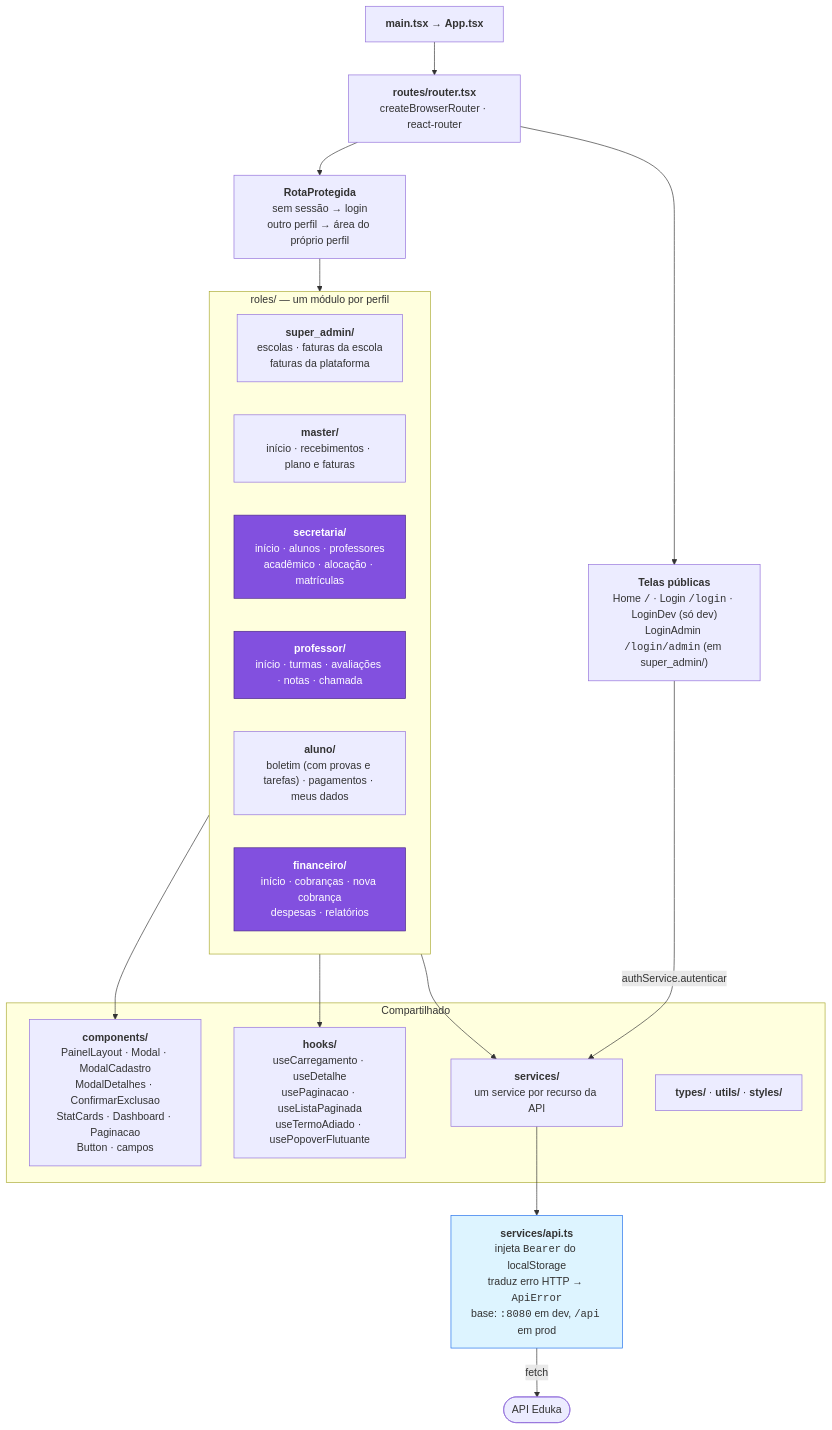
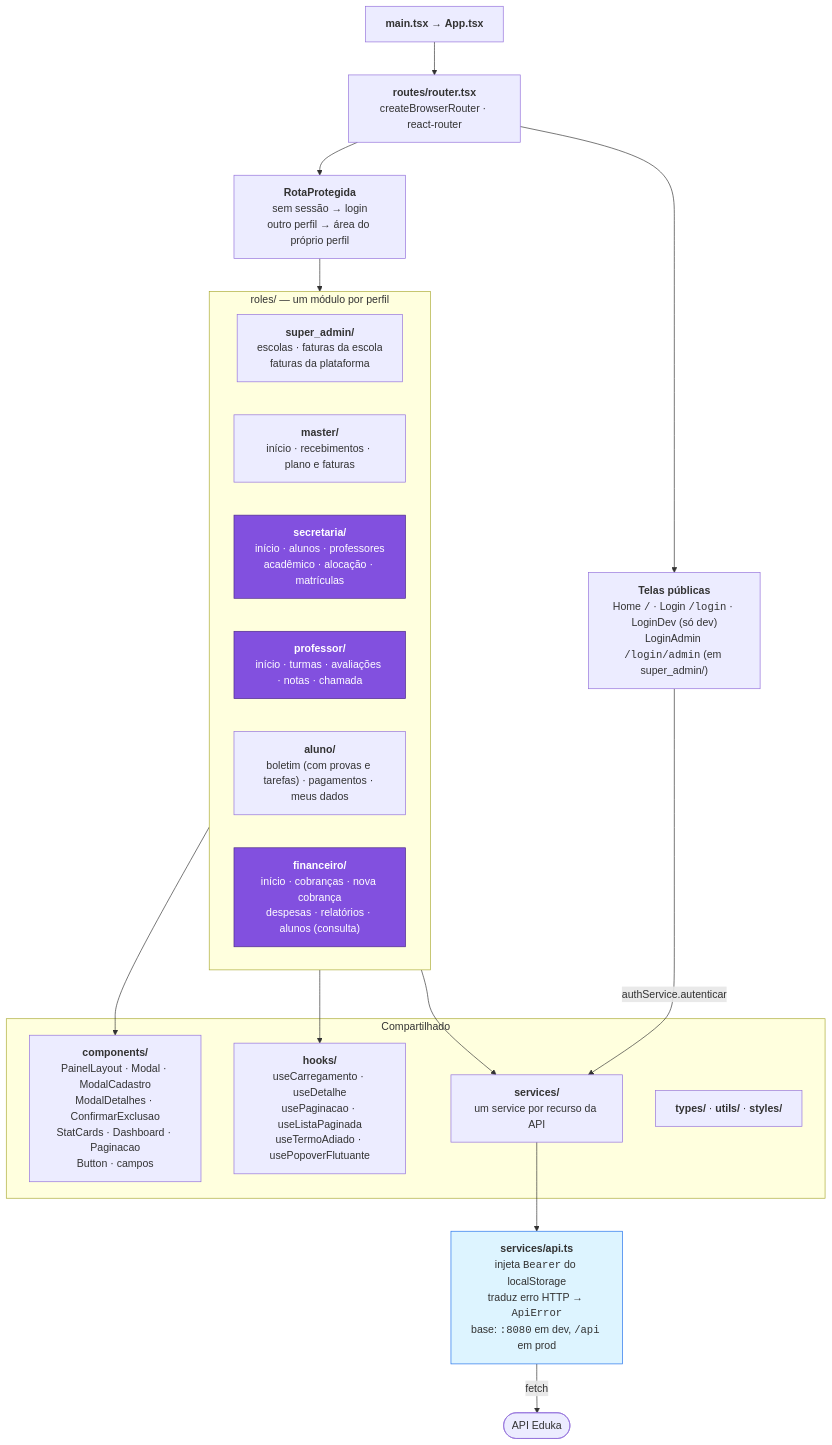
Before and after one commit to ICEI-PUC-Minas-PMGES-TI/pmg-es-2026-2-ti3-9577100-eduka: the sixth of 6 diagrams in Artefatos/arquitetura/arquitetura-da-solucao.md, drawn with Mermaid. The commit also changed 24 other files, not shown here.

````diff
--- a/Artefatos/arquitetura/arquitetura-da-solucao.md
+++ b/Artefatos/arquitetura/arquitetura-da-solucao.md
@@ -515,41 +515,41 @@
 ```mermaid
 flowchart TB
     MAIN["<b>main.tsx</b> → <b>App.tsx</b>"]
     ROUTER["<b>routes/router.tsx</b><br/>createBrowserRouter · react-router"]
 
     PUB["<b>Telas públicas</b><br/>Home <code>/</code> · Login <code>/login</code> · LoginDev (só dev)<br/>LoginAdmin <code>/login/admin</code> (em super_admin/)"]
     GUARD["<b>RotaProtegida</b><br/>sem sessão → login<br/>outro perfil → área do próprio perfil"]
 
     subgraph roles["roles/ — um módulo por perfil"]
         SAD["<b>super_admin/</b><br/>escolas · faturas da escola<br/>faturas da plataforma"]
         MAS["<b>master/</b><br/>início · recebimentos · plano e faturas"]
         SEC["<b>secretaria/</b><br/>início · alunos · professores<br/>acadêmico · alocação · matrículas"]
         PROF["<b>professor/</b><br/>início · turmas · avaliações · notas · chamada"]
         ALU["<b>aluno/</b><br/>boletim (com provas e tarefas) · pagamentos · meus dados"]
-        FIN["<b>financeiro/</b><br/>início · cobranças · nova cobrança<br/>despesas · relatórios"]
+        FIN["<b>financeiro/</b><br/>início · cobranças · nova cobrança<br/>despesas · relatórios · alunos (consulta)"]
     end
 
     subgraph shared["Compartilhado"]
         COMP["<b>components/</b><br/>PainelLayout · Modal · ModalCadastro<br/>ModalDetalhes · ConfirmarExclusao<br/>StatCards · Dashboard · Paginacao<br/>Button · campos"]
         HOOKS["<b>hooks/</b><br/>useCarregamento · useDetalhe<br/>usePaginacao · useListaPaginada<br/>useTermoAdiado · usePopoverFlutuante"]
         SRV["<b>services/</b><br/>um service por recurso da API"]
         TYPES["<b>types/</b> · <b>utils/</b> · <b>styles/</b>"]
     end
 
     API["<b>services/api.ts</b><br/>injeta <code>Bearer</code> do localStorage<br/>traduz erro HTTP → <code>ApiError</code><br/>base: <code>:8080</code> em dev, <code>/api</code> em prod"]
 
     MAIN --> ROUTER
     ROUTER --> PUB
     ROUTER --> GUARD --> roles
     PUB -->|"authService.autenticar"| SRV
     roles --> COMP
     roles --> HOOKS
     roles --> SRV
     SRV --> API
     API -->|"fetch"| BACK(["API Eduka"])
 
     style SEC fill:#8250df,stroke:#4c2889,color:#fff
     style PROF fill:#8250df,stroke:#4c2889,color:#fff
     style FIN fill:#8250df,stroke:#4c2889,color:#fff
     style API fill:#ddf4ff,stroke:#1f6feb
 ```
````
